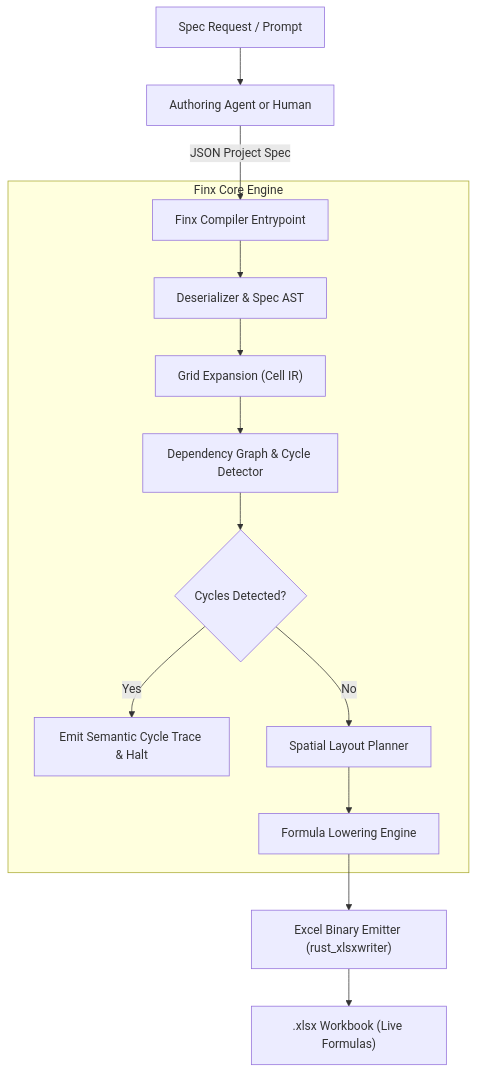
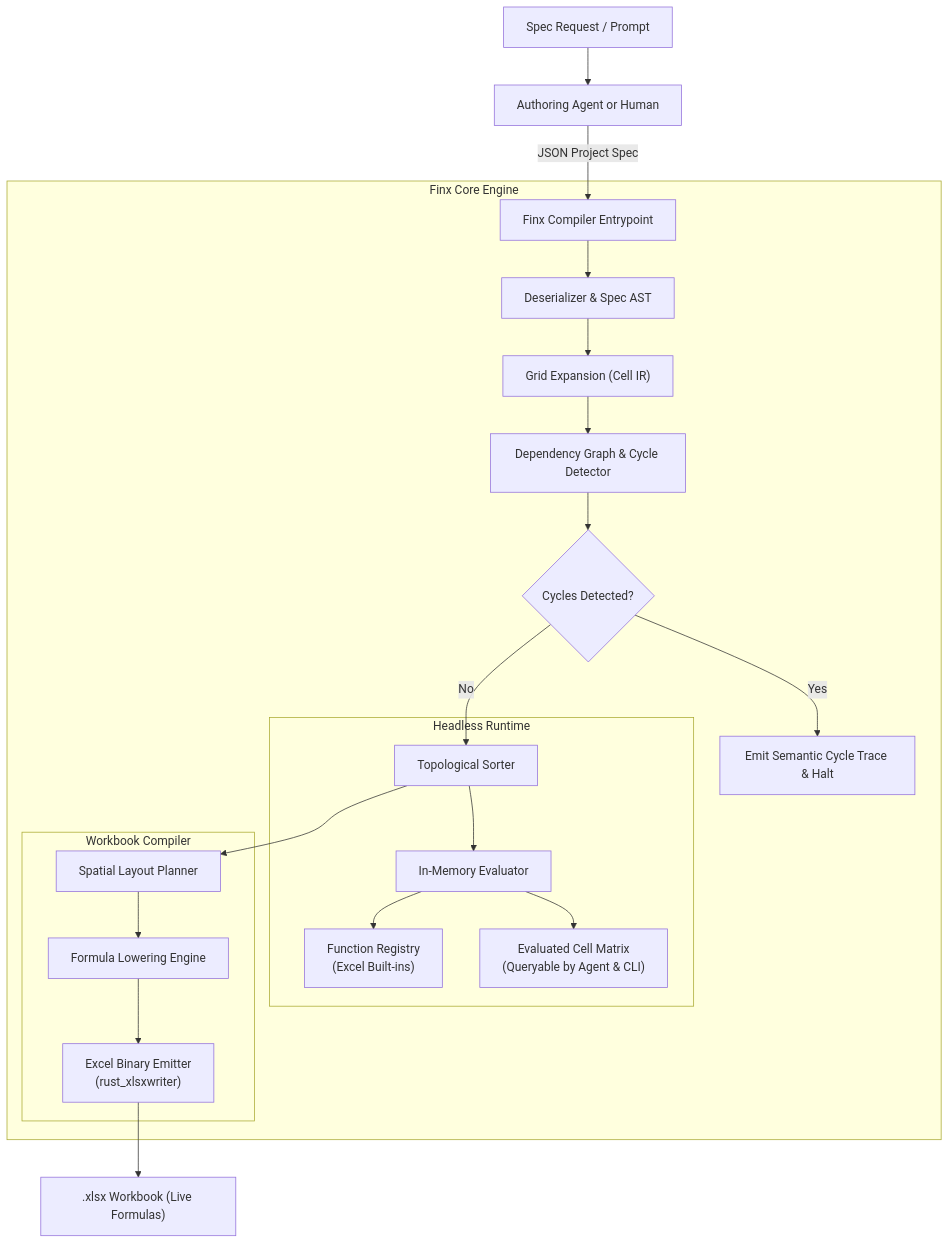
One commit to mhcfa/f8 changed the first of 2 diagrams in docs/architecture.md. Above: the diagram before and after it, drawn with Mermaid. The commit also changed other lines of this file and 4 other files, not shown here.

First line of the commit message:
docs(compiler): specify in-memory evaluator and excel function registry

````diff
--- a/docs/architecture.md
+++ b/docs/architecture.md
@@ -17,18 +17,28 @@
 ```mermaid
 flowchart TD
     A["Spec Request / Prompt"] --> B["Authoring Agent or Human"]
     B -->|"JSON Project Spec"| C["Finx Compiler Entrypoint"]
 
     subgraph Compiler ["Finx Core Engine"]
         C --> D["Deserializer & Spec AST"]
         D --> E["Grid Expansion (Cell IR)"]
         E --> F["Dependency Graph & Cycle Detector"]
         F --> G{"Cycles Detected?"}
         G -->|"Yes"| H["Emit Semantic Cycle Trace & Halt"]
-        G -->|"No"| I["Spatial Layout Planner"]
-        I --> J["Formula Lowering Engine"]
+        G -->|"No"| I["Topological Sorter"]
+
+        subgraph In-Memory Evaluation ["Headless Runtime"]
+            I --> J1["In-Memory Evaluator"]
+            J1 --> K1["Function Registry\n(Excel Built-ins)"]
+            J1 --> L1["Evaluated Cell Matrix\n(Queryable by Agent & CLI)"]
+        end
+
+        subgraph Excel Emission ["Workbook Compiler"]
+            I --> J2["Spatial Layout Planner"]
+            J2 --> K2["Formula Lowering Engine"]
+            K2 --> L2["Excel Binary Emitter\n(rust_xlsxwriter)"]
+        end
     end
 
-    J --> K["Excel Binary Emitter (rust_xlsxwriter)"]
-    K --> L[".xlsx Workbook (Live Formulas)"]
+    L2 --> M[".xlsx Workbook (Live Formulas)"]
 ```
````
